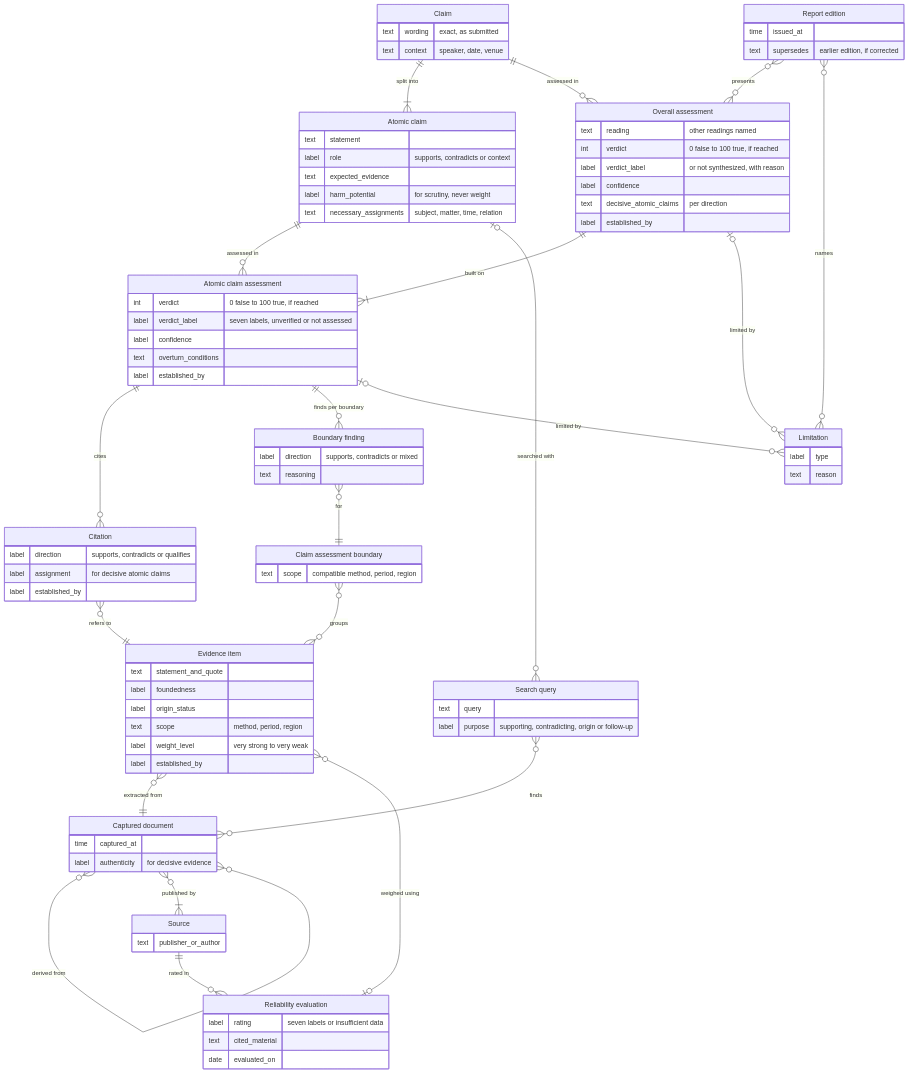
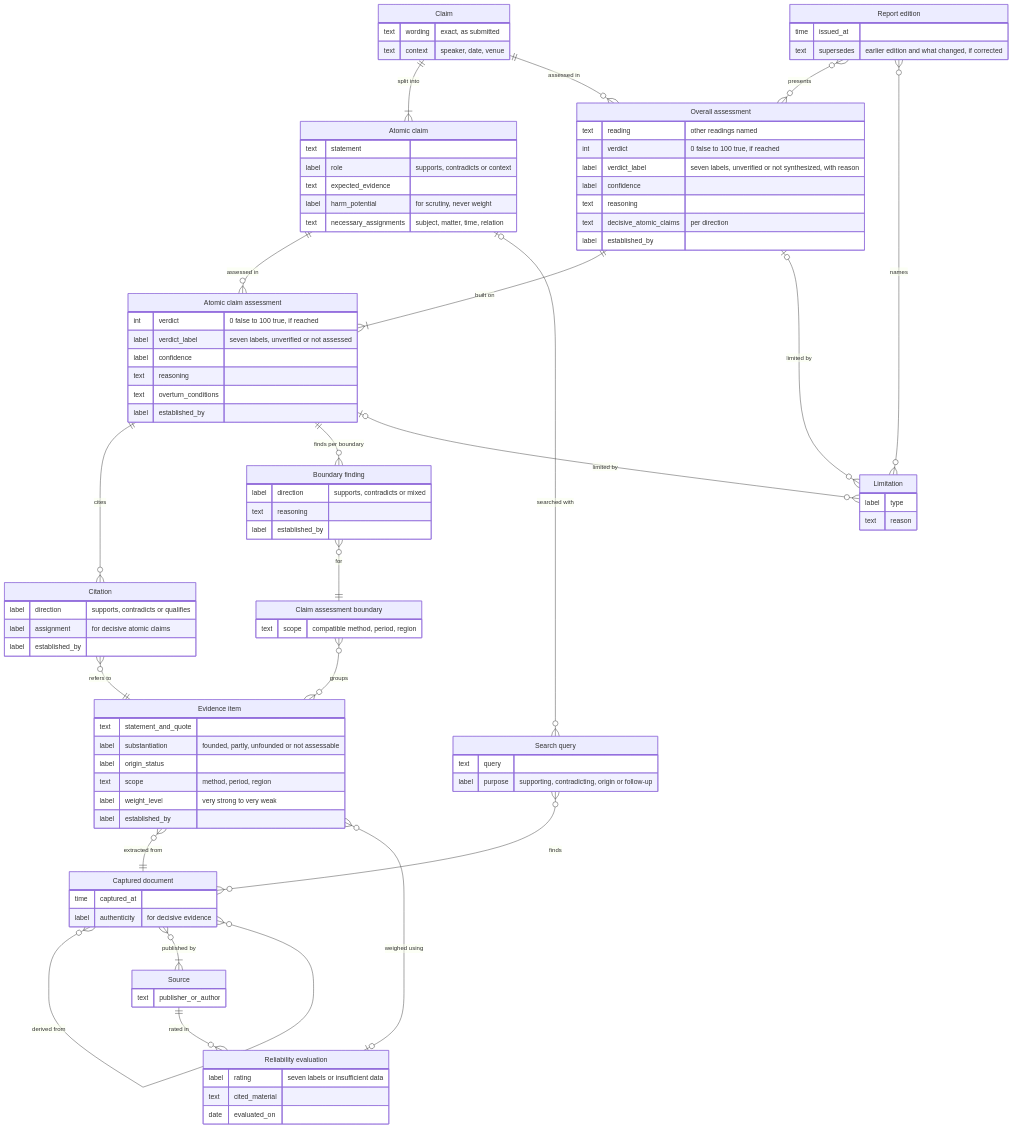
The diagram in docs/Architecture.md (robertschaub/FactHarborDSS), drawn with Mermaid before and after one commit. The commit also changed other lines of this file and 5 other files, not shown here.

```diff
--- a/docs/Architecture.md
+++ b/docs/Architecture.md
@@ -57,14 +57,16 @@
     int verdict "0 false to 100 true, if reached"
     label verdict_label "seven labels, unverified or not assessed"
     label confidence
+    text reasoning
     text overturn_conditions
     label established_by
   }
   OverallAssessment["Overall assessment"] {
     text reading "other readings named"
     int verdict "0 false to 100 true, if reached"
-    label verdict_label "or not synthesized, with reason"
+    label verdict_label "seven labels, unverified or not synthesized, with reason"
     label confidence
+    text reasoning
     text decisive_atomic_claims "per direction"
     label established_by
   }
@@ -80,13 +82,14 @@
   BoundaryFinding["Boundary finding"] {
     label direction "supports, contradicts or mixed"
     text reasoning
+    label established_by
   }
   ClaimAssessmentBoundary["Claim assessment boundary"] {
     text scope "compatible method, period, region"
   }
   EvidenceItem["Evidence item"] {
     text statement_and_quote
-    label foundedness
+    label substantiation "founded, partly, unfounded or not assessable"
     label origin_status
     text scope "method, period, region"
     label weight_level "very strong to very weak"
@@ -106,7 +109,7 @@
   }
   ReportEdition["Report edition"] {
     time issued_at
-    text supersedes "earlier edition, if corrected"
+    text supersedes "earlier edition and what changed, if corrected"
   }
   Limitation {
     label type
```
